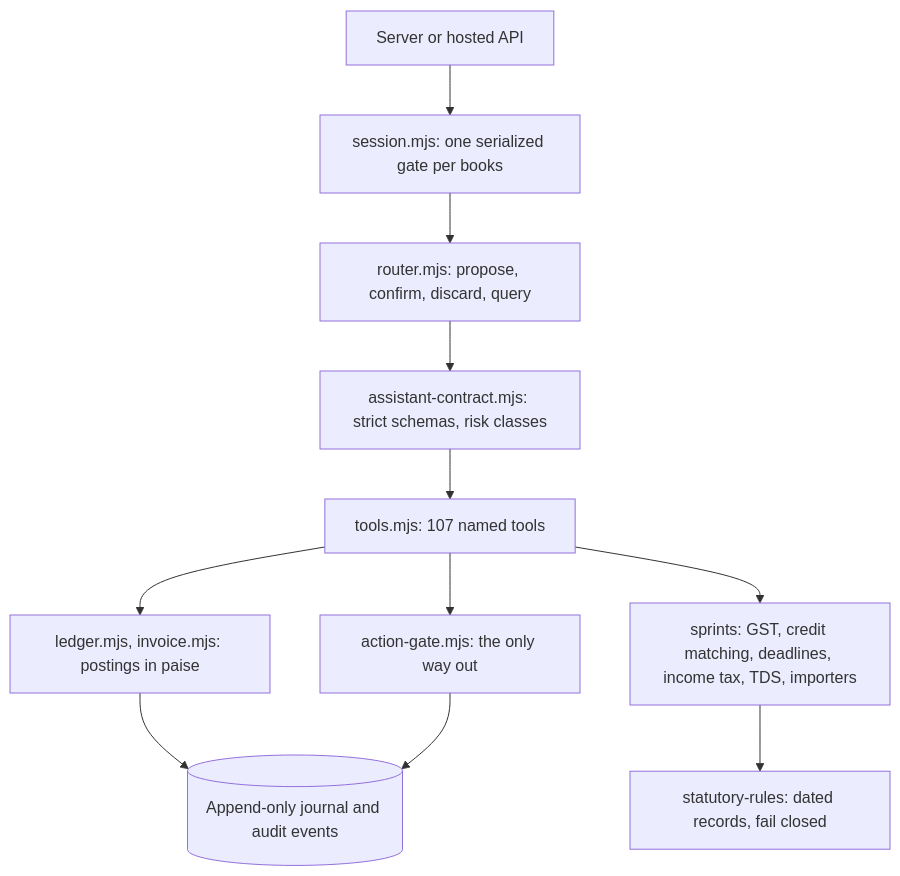
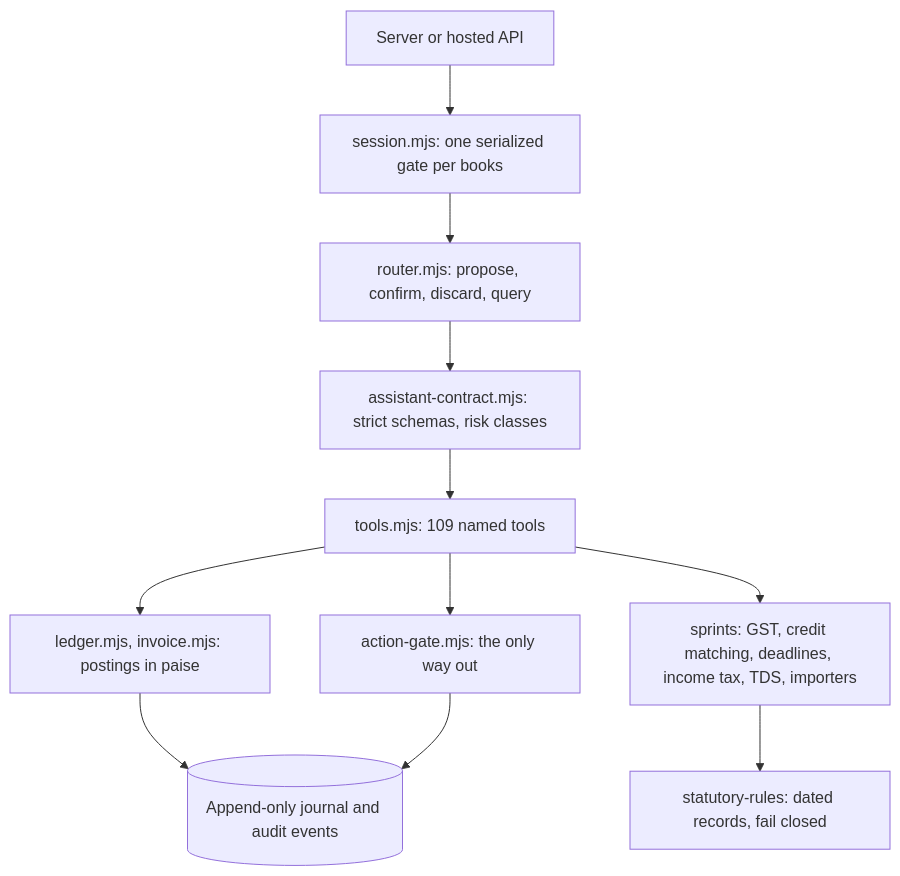
The second of 3 diagrams in docs/architecture/ARCHITECTURE.md (Vidyuthlabstechnologies/myca), drawn with Mermaid before and after one commit. The commit also changed other lines of this file and 29 other files, not shown here.

````diff
--- a/docs/architecture/ARCHITECTURE.md
+++ b/docs/architecture/ARCHITECTURE.md
@@ -56,13 +56,13 @@
 ```mermaid
 flowchart TD
   caller[Server or hosted API] --> session[session.mjs: one serialized gate per books]
   session --> router[router.mjs: propose, confirm, discard, query]
   router --> contract[assistant-contract.mjs: strict schemas, risk classes]
-  contract --> tools[tools.mjs: 107 named tools]
+  contract --> tools[tools.mjs: 109 named tools]
   tools --> ledger[ledger.mjs, invoice.mjs: postings in paise]
   tools --> engines[sprints: GST, credit matching, deadlines, income tax, TDS, importers]
   tools --> gate[action-gate.mjs: the only way out]
   engines --> rules[statutory-rules: dated records, fail closed]
   ledger --> journal[(Append-only journal and audit events)]
   gate --> journal
 ```
````
